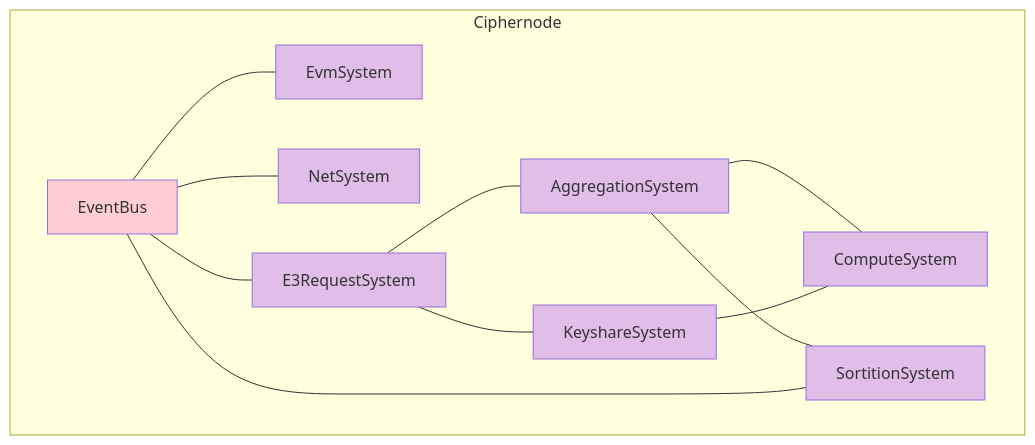
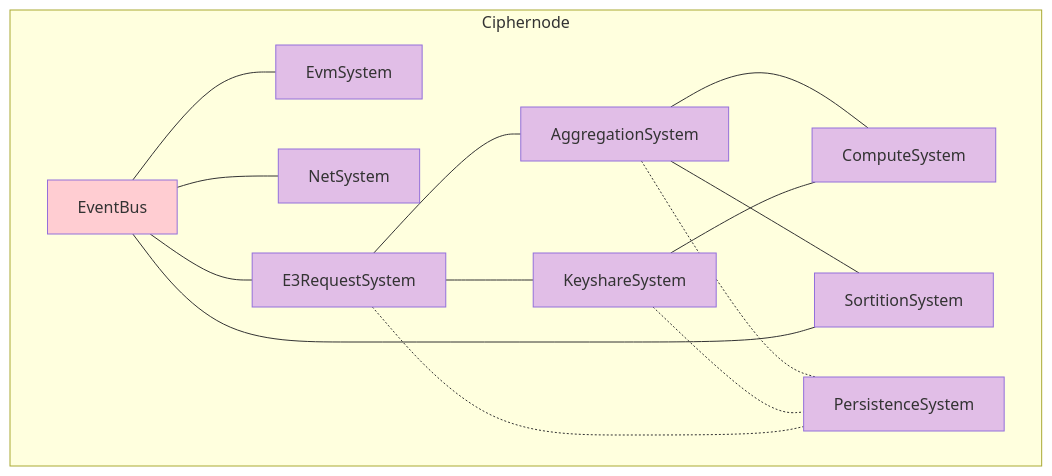
The diagram in architecture/content/systems/Ciphernode System Overview.md (gnosisguild/enclave), drawn with Mermaid before and after one commit. The commit also changed 36 other files, not shown here.

````diff
--- a/architecture/content/systems/Ciphernode System Overview.md
+++ b/architecture/content/systems/Ciphernode System Overview.md
@@ -9,40 +9,47 @@
 ```mermaid
 flowchart TB
     subgraph s1["Ciphernode"]
         EVM["EvmSystem"]
         EB["EventBus"]
         NET["NetSystem"]
 		R["E3RequestSystem"]
         KS["KeyshareSystem"]
         COM["ComputeSystem"]
+        P["PersistenceSystem"]
         AS["AggregationSystem"]
         SS["SortitionSystem"]
     end
-    EB --- EVM
+
+	EB --- EVM
     EB --- NET
     R --- AS
     R --- KS
     EB --- R
     AS --- COM
     KS --- COM
     AS --- SS
     EB --- SS
+    AS -.- P
+    KS -.- P
+    R -.- P
 
     EVM:::internal-link
     EB:::internal-link
     NET:::internal-link
     COM:::internal-link
     R:::internal-link
     AS:::internal-link
     KS:::internal-link
     SS:::internal-link
+    P:::internal-link
 
     style EVM fill:#E1BEE7
     style EB fill:#FFCDD2
     style NET fill:#E1BEE7
     style R fill:#E1BEE7
 	style KS fill:#E1BEE7
     style COM fill:#E1BEE7
     style AS fill:#E1BEE7
     style SS fill:#E1BEE7
+	style P fill:#E1BEE7
 ```
````
